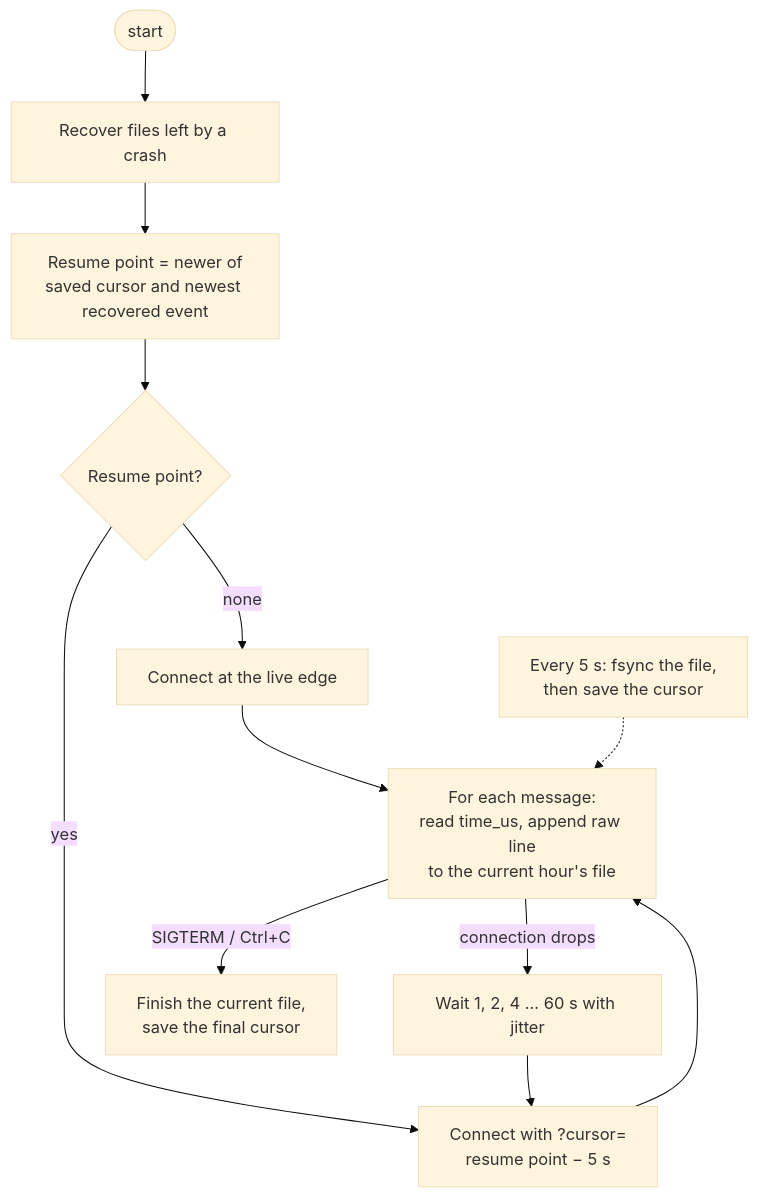
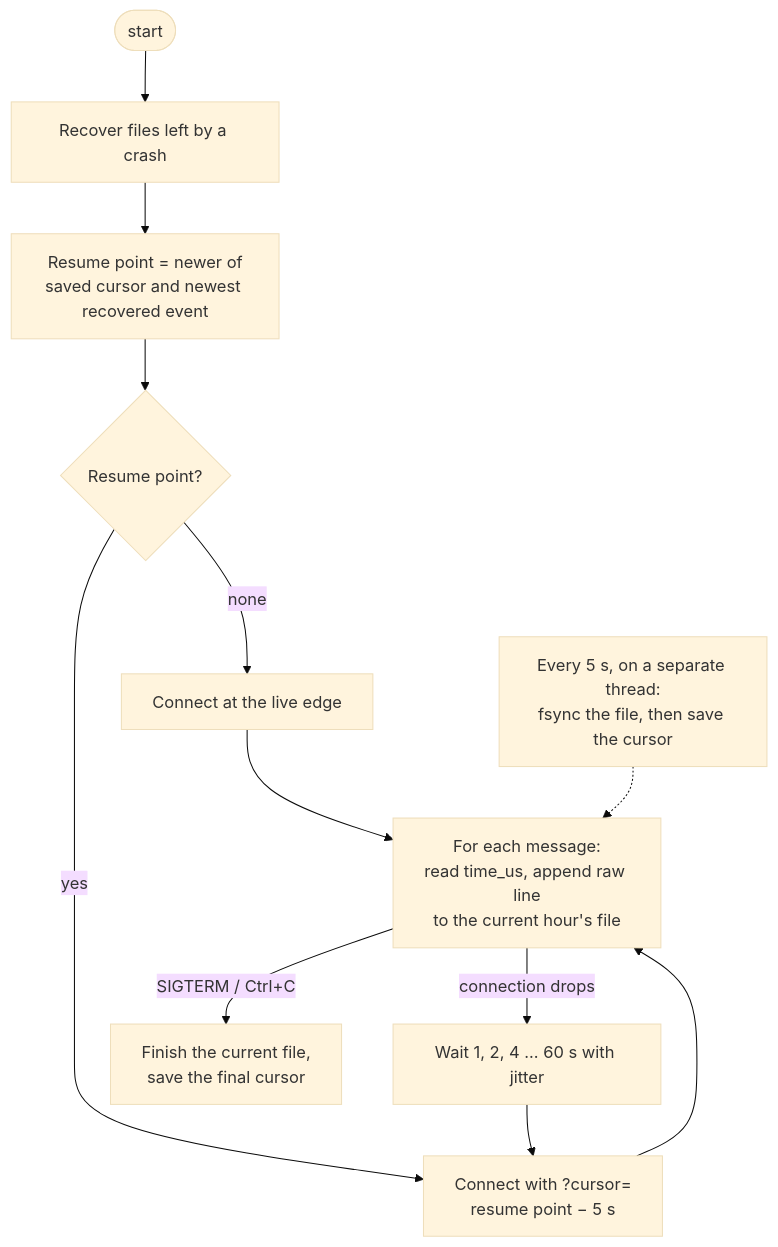
The first of 2 diagrams in docs/architectures/collector.md (dhirajkk91/bluesky-stream-analytics), drawn with Mermaid (base theme) before and after one commit. The commit also changed other lines of this file and 10 other files, not shown here.

````diff
--- a/docs/architectures/collector.md
+++ b/docs/architectures/collector.md
@@ -22,15 +22,15 @@
 ```mermaid
 flowchart TD
     A([start]) --> B["Recover files left by a crash"]
     B --> C["Resume point = newer of<br/>saved cursor and newest recovered event"]
     C --> D{"Resume point?"}
     D -- none --> E["Connect at the live edge"]
     D -- yes --> F["Connect with ?cursor=<br/>resume point − 5 s"]
     E --> G
     F --> G["For each message:<br/>read time_us, append raw line<br/>to the current hour's file"]
     G -->|"connection drops"| H["Wait 1, 2, 4 … 60 s with jitter"]
     H --> F
     G -->|"SIGTERM / Ctrl+C"| I["Finish the current file,<br/>save the final cursor"]
 
-    K["Every 5 s: fsync the file,<br/>then save the cursor"] -.-> G
+    K["Every 5 s, on a separate thread:<br/>fsync the file, then save the cursor"] -.-> G
 ```
````
